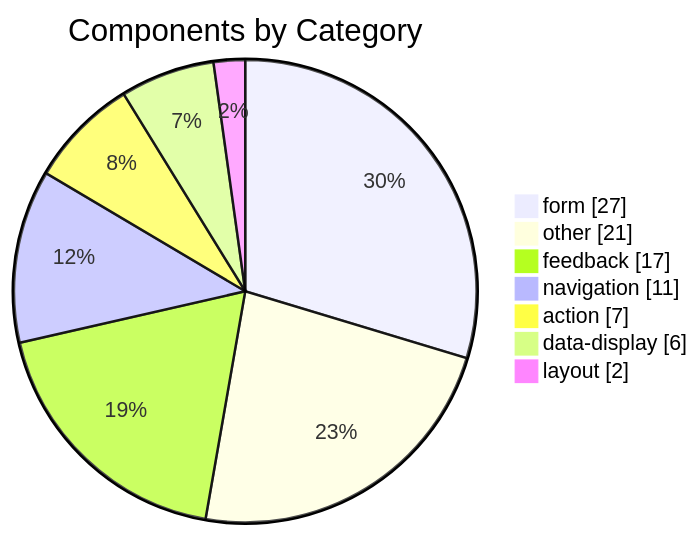
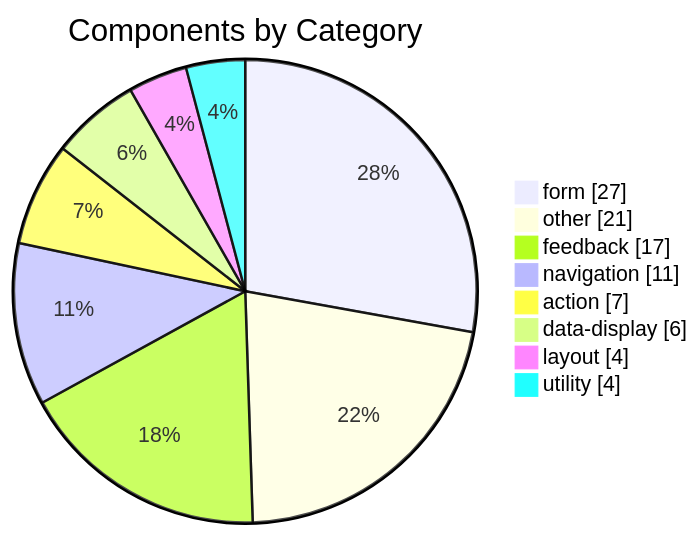
Before and after one commit to MerzoukeMansouri/adeo-mozaic-mcp: the diagram in docs/assets/stats-components.mmd, drawn with Mermaid. The commit also changed 8 other files, not shown here.

Commit message:
**refactor:** Updated README and documentation to reflect current project status, features, and architecture.

```diff
--- a/docs/assets/stats-components.mmd
+++ b/docs/assets/stats-components.mmd
@@ -1,11 +1,12 @@
 ---
 title: Components by Category
 ---
 pie showData
     "form" : 27
     "other" : 21
     "feedback" : 17
     "navigation" : 11
     "action" : 7
     "data-display" : 6
-    "layout" : 2
+    "layout" : 4
+    "utility" : 4
```
